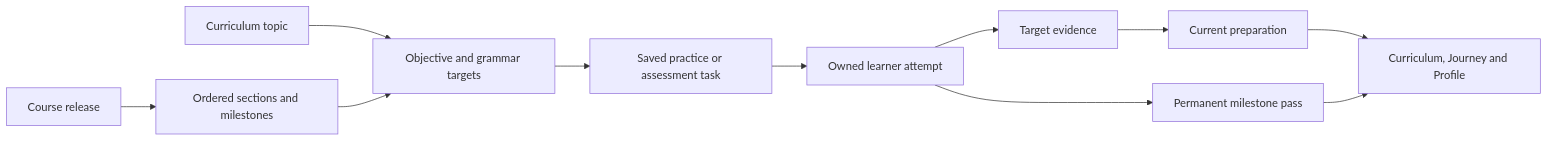
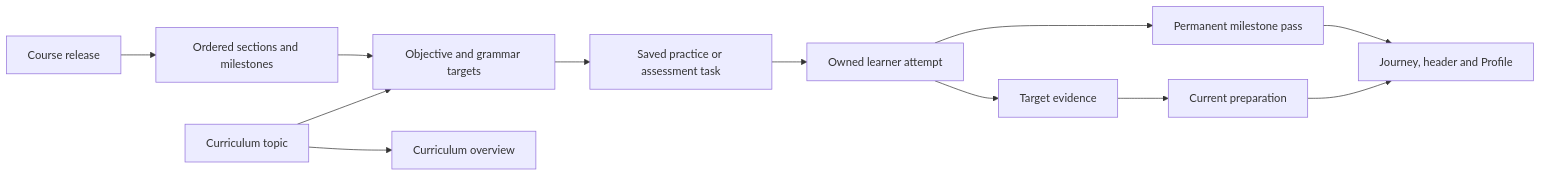
Before and after one commit to tombryson/russian-arcade: the diagram in docs/word-post/journey-milestones-build-plan.md, drawn with Mermaid. The commit also changed other lines of this file and 9 other files, not shown here.

Commit message:
Keep curriculum as a level and topic overview

````diff
--- a/docs/word-post/journey-milestones-build-plan.md
+++ b/docs/word-post/journey-milestones-build-plan.md
@@ -345,13 +343,14 @@
 ```mermaid
 flowchart LR
   Topic[Curriculum topic] --> Objective[Objective and grammar targets]
   Release[Course release] --> Section[Ordered sections and milestones]
   Section --> Objective
   Objective --> Task[Saved practice or assessment task]
   Task --> Attempt[Owned learner attempt]
   Attempt --> Evidence[Target evidence]
   Evidence --> Preparation[Current preparation]
   Attempt --> Pass[Permanent milestone pass]
-  Preparation --> Views[Curriculum, Journey and Profile]
+  Topic --> Catalogue[Curriculum overview]
+  Preparation --> Views[Journey, header and Profile]
   Pass --> Views
 ```
````
